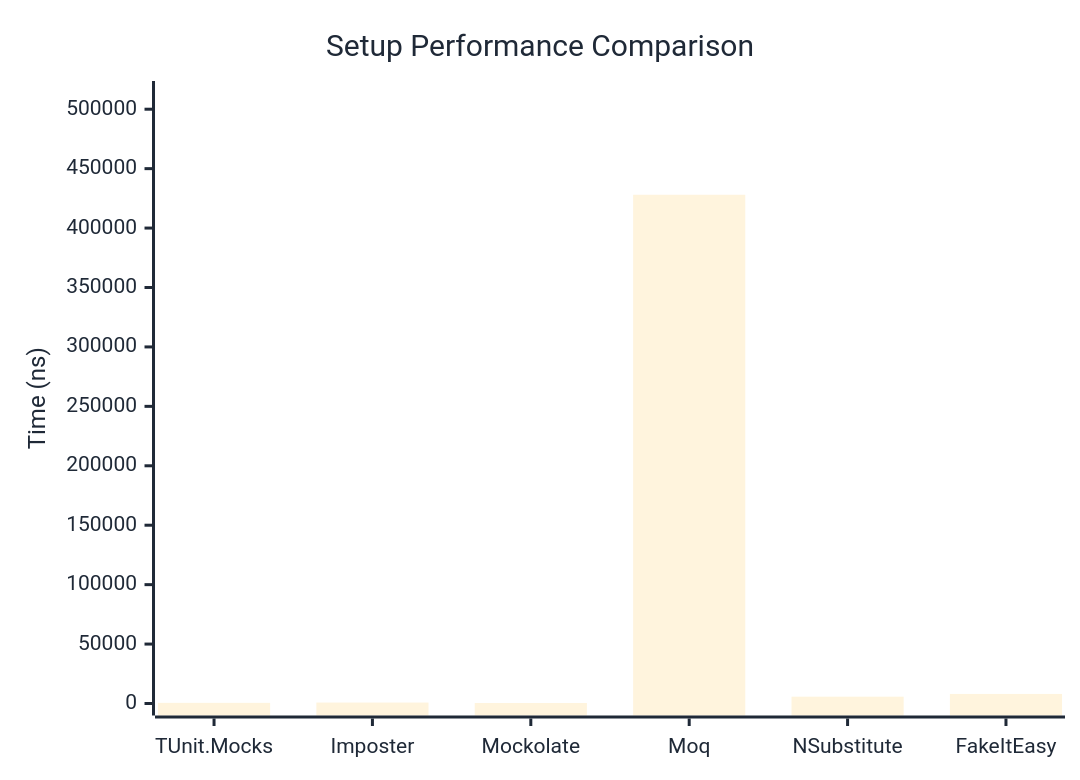
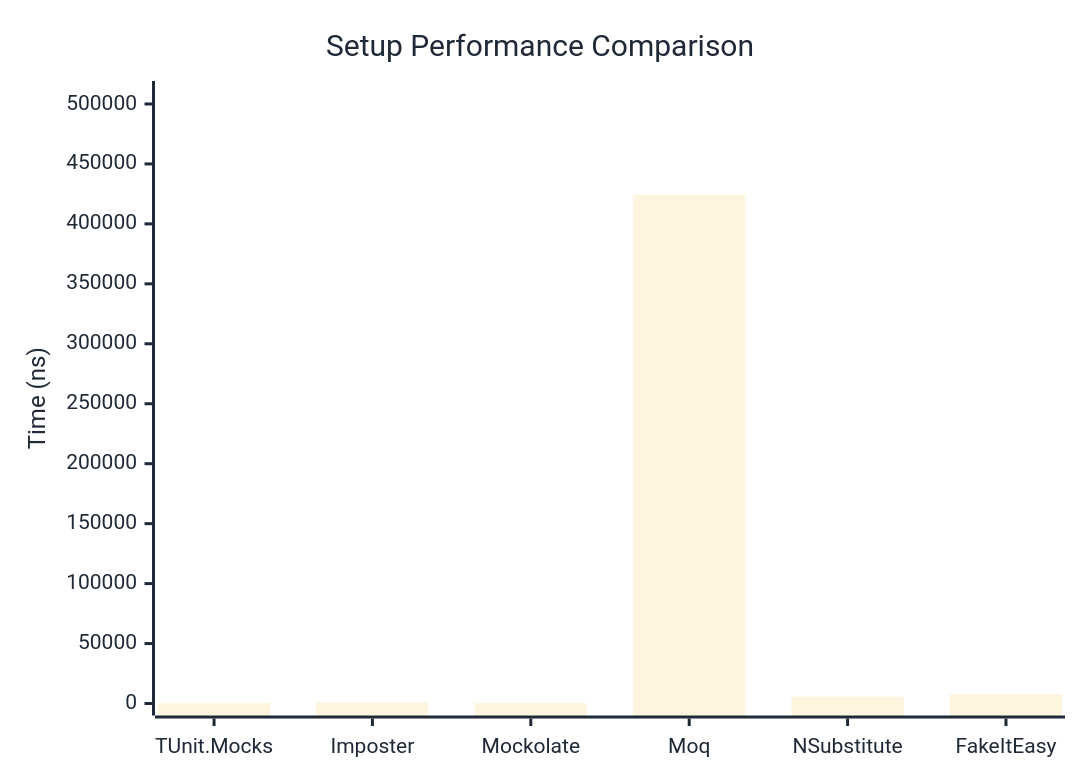
Before and after one commit to thomhurst/TUnit: the first of 2 diagrams in docs/docs/benchmarks/mocks/Setup.md, drawn with Mermaid. The commit also changed other lines of this file and 14 other files, not shown here.

````diff
--- a/docs/docs/benchmarks/mocks/Setup.md
+++ b/docs/docs/benchmarks/mocks/Setup.md
@@ -28,27 +28,27 @@
 ```mermaid
 %%{init: {
   'theme':'base',
   'themeVariables': {
     'primaryColor': '#2563eb',
     'primaryTextColor': '#1f2937',
     'primaryBorderColor': '#1e40af',
     'lineColor': '#6b7280',
     'secondaryColor': '#7c3aed',
     'tertiaryColor': '#dc2626',
     'background': '#ffffff',
     'pie1': '#2563eb',
     'pie2': '#7c3aed',
     'pie3': '#dc2626',
     'pie4': '#f59e0b',
     'pie5': '#10b981',
     'pie6': '#06b6d4',
     'pie7': '#ec4899',
     'pie8': '#6366f1'
   }
 }}%%
 xychart-beta
   title "Setup Performance Comparison"
   x-axis ["TUnit.Mocks", "Imposter", "Mockolate", "Moq", "NSubstitute", "FakeItEasy"]
-  y-axis "Time (ns)" 0 --> 513638
-  bar [546.2, 802.1, 435.2, 428031.2, 5744.8, 8043.5]
+  y-axis "Time (ns)" 0 --> 509162
+  bar [567.5, 794.7, 440.2, 424301.1, 5638, 7808.2]
 ```
````
